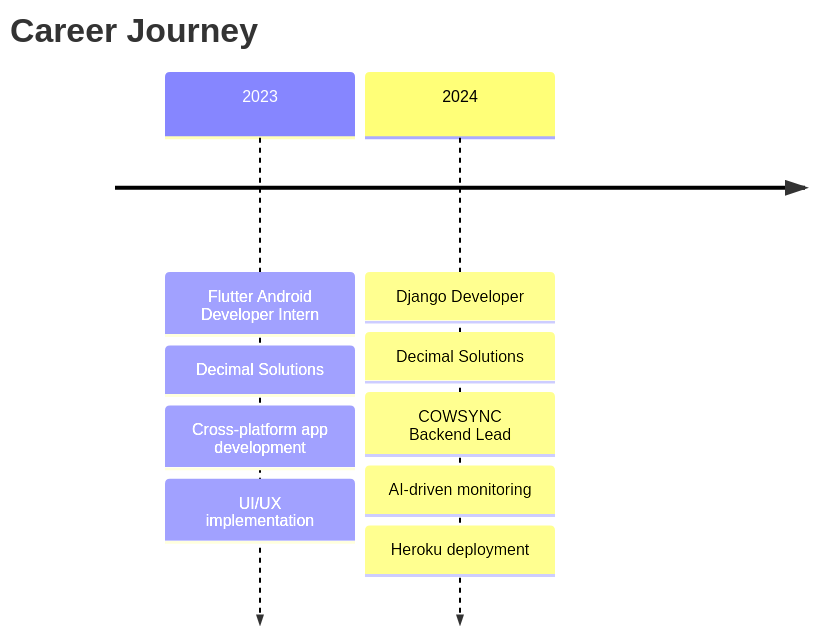
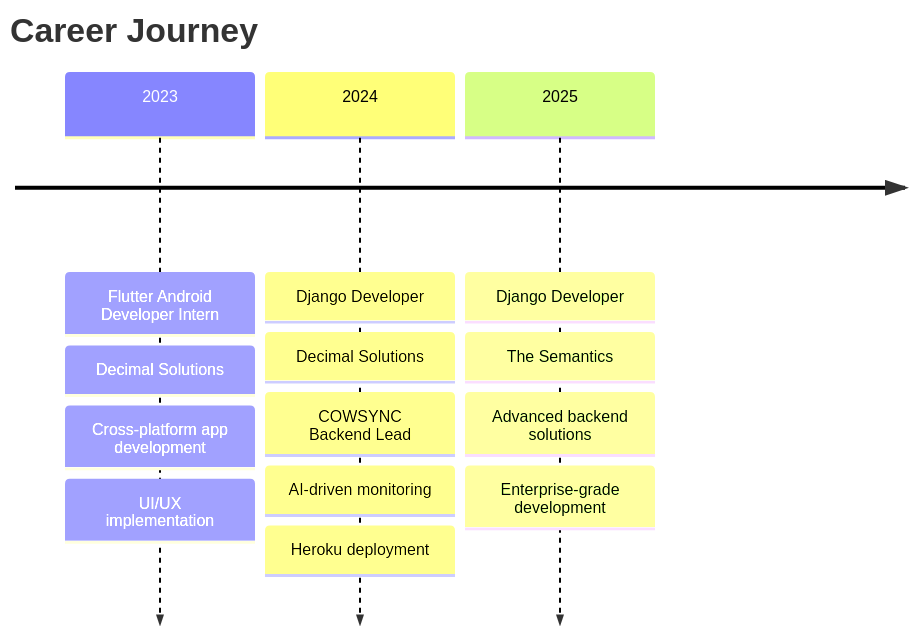
The first of 2 diagrams in README.md (Aizyy008/Aizyy008), drawn with Mermaid before and after one commit. The commit also changed other lines of this file, not shown here.

````diff
--- a/README.md
+++ b/README.md
@@ -33,15 +33,20 @@
 ```mermaid
 timeline
     title Career Journey
     
     2023 : Flutter Android Developer Intern
          : Decimal Solutions
          : Cross-platform app development
          : UI/UX implementation
     
     2024 : Django Developer
          : Decimal Solutions  
          : COWSYNC Backend Lead
          : AI-driven monitoring
          : Heroku deployment
+    
+    2025 : Django Developer
+         : The Semantics
+         : Advanced backend solutions
+         : Enterprise-grade development
 ```
````
